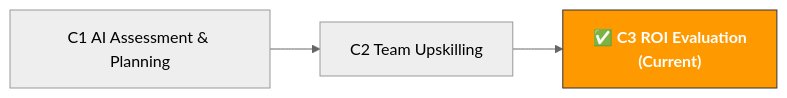
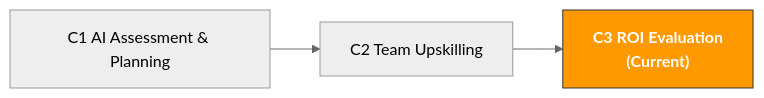
One commit to kangise/ecommerce-ai-roadmap changed the diagram in en/paths/c-managers/c3-roi-evaluation.md. Above: the diagram before and after it, drawn with Mermaid (neutral theme). The commit also changed other lines of this file and 185 other files, not shown here.

````diff
--- a/en/paths/c-managers/c3-roi-evaluation.md
+++ b/en/paths/c-managers/c3-roi-evaluation.md
@@ -14,9 +14,9 @@
 ```mermaid
 flowchart LR
-    C1["C1 AI Assessment & Planning"]
-    C1 --> C2
-    C2["C2 Team Upskilling"]
-    C2 --> C3
-    C3["✅ C3 ROI Evaluation<br/>(Current)"]:::current
-    classDef current fill:#ff9900,stroke:#333,color:#fff,font-weight:bold
+C1["C1 AI Assessment & Planning"]
+C1 --> C2
+C2["C2 Team Upskilling"]
+C2 --> C3
+C3[" C3 ROI Evaluation<br/>(Current)"]:::current
+classDef current fill:#ff9900,stroke:#333,color:#fff,font-weight:bold
 ```
````
